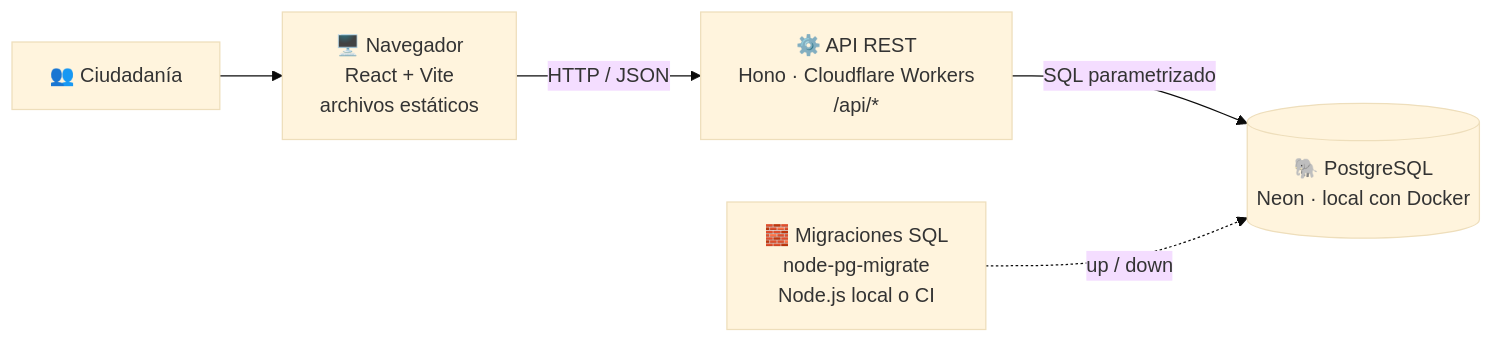
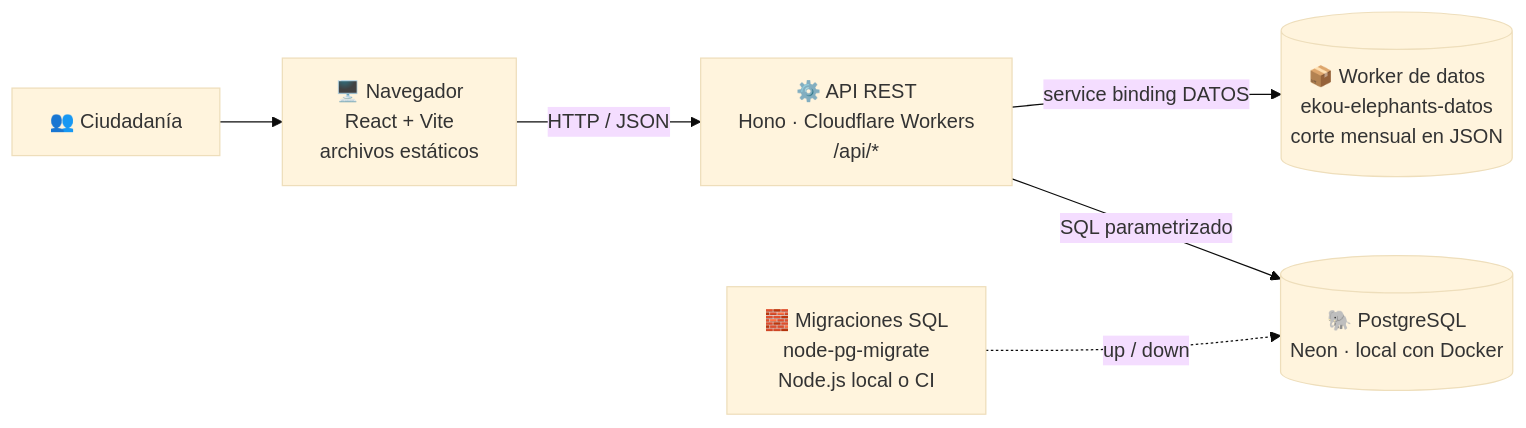
The first of 4 diagrams in docs/arquitectura.md (EKOU-Solutions/EKOU-Elephants), drawn with Mermaid (base theme) before and after one commit. The commit also changed other lines of this file and 3 other files, not shown here.

````diff
--- a/docs/arquitectura.md
+++ b/docs/arquitectura.md
@@ -9,13 +9,15 @@
 ```mermaid
 flowchart LR
     CIU["👥 Ciudadanía"]
     WEB["🖥️ Navegador<br/>React + Vite<br/>archivos estáticos"]
     API["⚙️ API REST<br/>Hono · Cloudflare Workers<br/>/api/*"]
+    DATOS[("📦 Worker de datos<br/>ekou-elephants-datos<br/>corte mensual en JSON")]
     DB[("🐘 PostgreSQL<br/>Neon · local con Docker")]
     MIG["🧱 Migraciones SQL<br/>node-pg-migrate<br/>Node.js local o CI"]
 
     CIU --> WEB
     WEB -->|"HTTP / JSON"| API
+    API -->|"service binding DATOS"| DATOS
     API -->|"SQL parametrizado"| DB
     MIG -.->|"up / down"| DB
 ```
````
